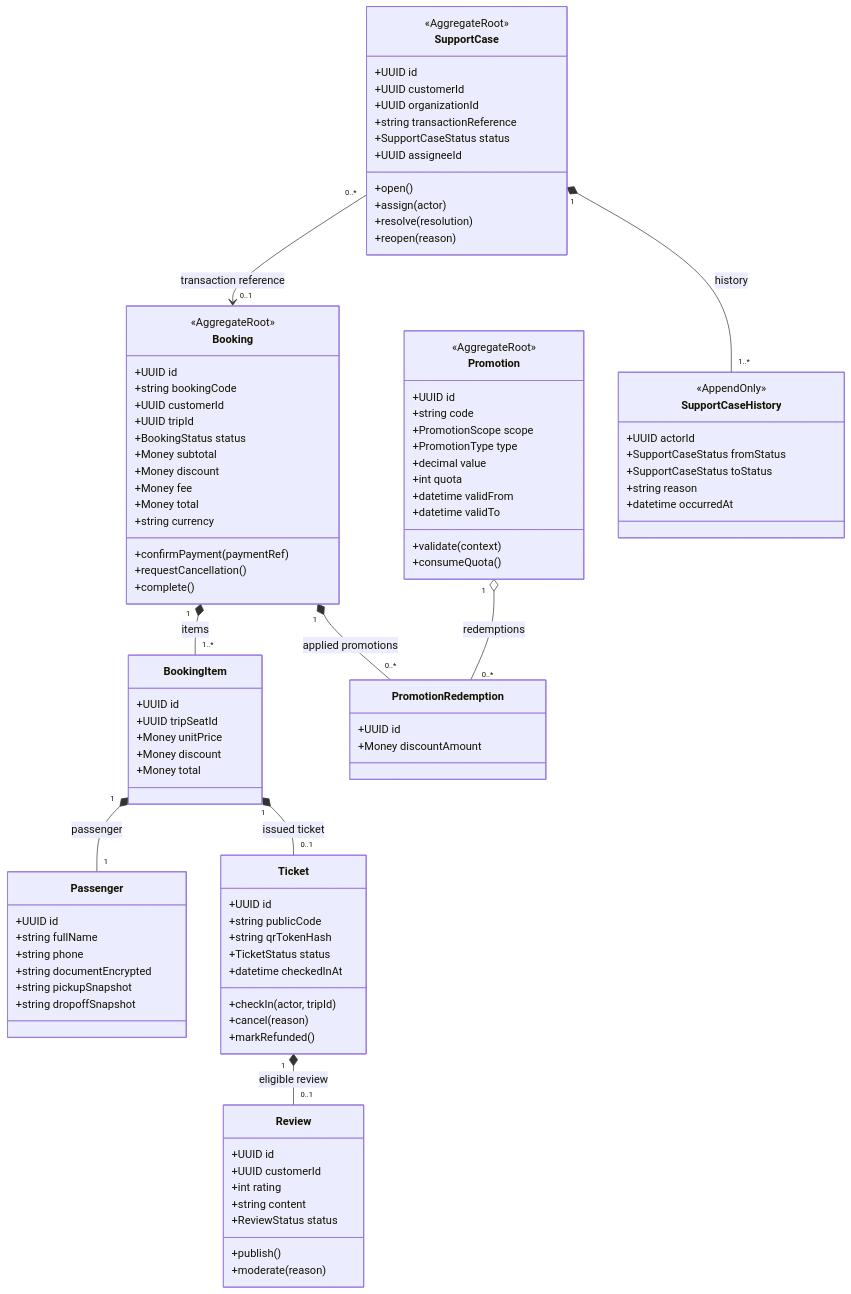
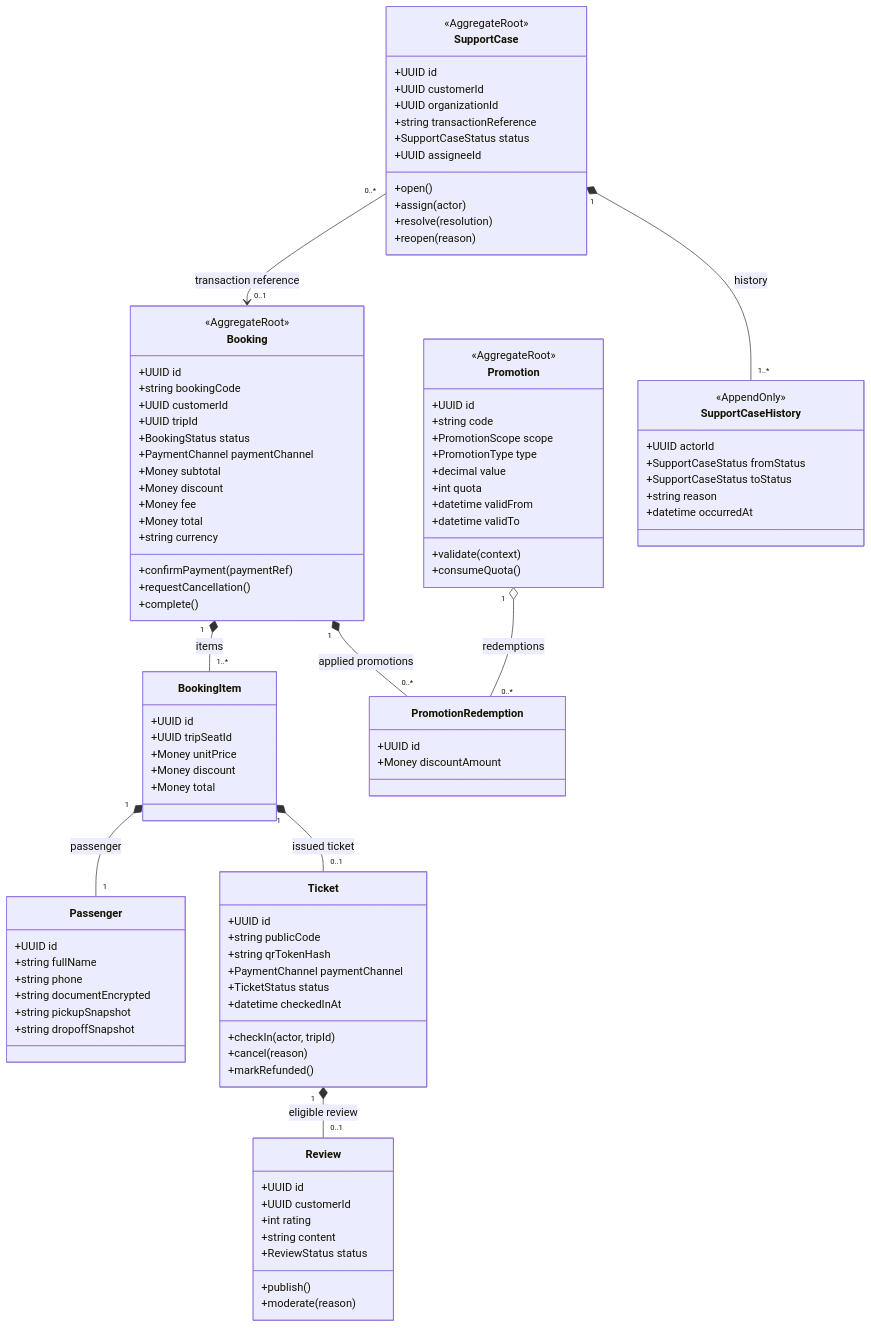
One commit to TrisMinh/PBL6 changed the second of 2 diagrams in docs/system-design/02-06-domain-class-diagrams/03-booking-domain.md. Above: the diagram before and after it, drawn with Mermaid. The commit also changed other lines of this file and 68 other files, not shown here.

```diff
--- a/docs/system-design/02-06-domain-class-diagrams/03-booking-domain.md
+++ b/docs/system-design/02-06-domain-class-diagrams/03-booking-domain.md
@@ -67,6 +67,7 @@
         +UUID customerId
         +UUID tripId
         +BookingStatus status
+        +PaymentChannel paymentChannel
         +Money subtotal
         +Money discount
         +Money fee
@@ -95,6 +96,7 @@
         +UUID id
         +string publicCode
         +string qrTokenHash
+        +PaymentChannel paymentChannel
         +TicketStatus status
         +datetime checkedInAt
         +checkIn(actor, tripId)
```
